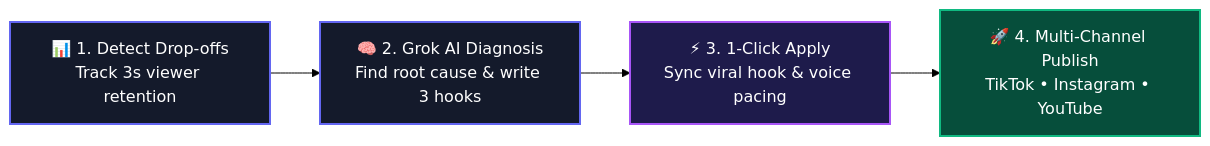
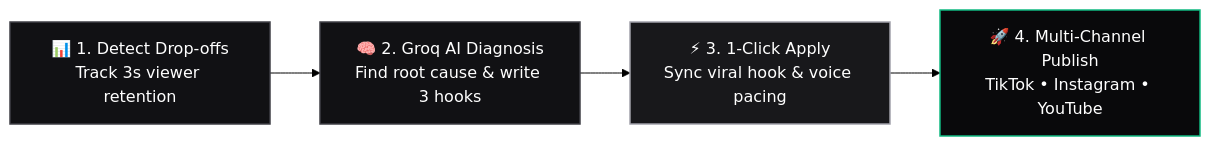
The diagram in README.md (PTP063/growth_eng), drawn with Mermaid (forest theme) before and after one commit. The commit also changed other lines of this file and 16 other files, not shown here.

````diff
--- a/README.md
+++ b/README.md
@@ -26,14 +26,14 @@
 ```mermaid
 flowchart LR
-    A["📊 1. Detect Drop-offs\nTrack 3s viewer retention"] --> B["🧠 2. Grok AI Diagnosis\nFind root cause & write 3 hooks"]
+    A["📊 1. Detect Drop-offs\nTrack 3s viewer retention"] --> B["🧠 2. Groq AI Diagnosis\nFind root cause & write 3 hooks"]
     B --> C["⚡ 3. 1-Click Apply\nSync viral hook & voice pacing"]
     C --> D["🚀 4. Multi-Channel Publish\nTikTok • Instagram • YouTube"]
 
-    classDef step fill:#141A2B,stroke:#6366f1,stroke-width:2px,color:#fff;
-    classDef highlight fill:#1e1b4b,stroke:#a855f7,stroke-width:2px,color:#fff;
-    classDef success fill:#064e3b,stroke:#10b981,stroke-width:2px,color:#fff;
+    classDef step fill:#111114,stroke:#3f3f46,stroke-width:1.5px,color:#fff;
+    classDef highlight fill:#18181b,stroke:#a1a1aa,stroke-width:1.5px,color:#fff;
+    classDef success fill:#09090b,stroke:#10b981,stroke-width:1.5px,color:#fff;
 
     class A,B step;
     class C highlight;
     class D success;
 ```
````
